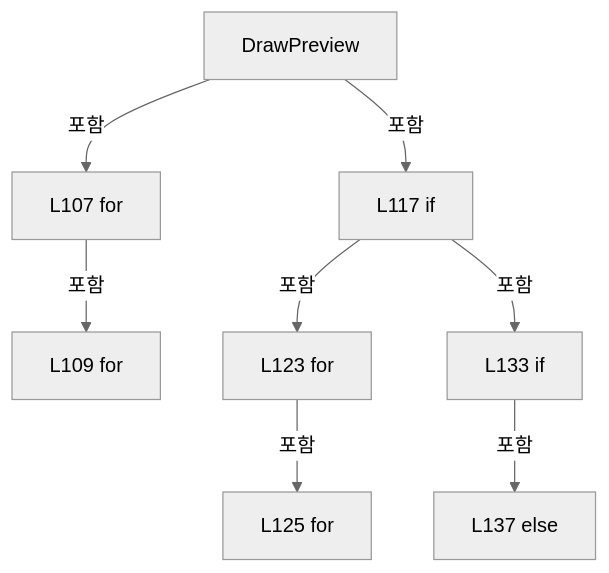
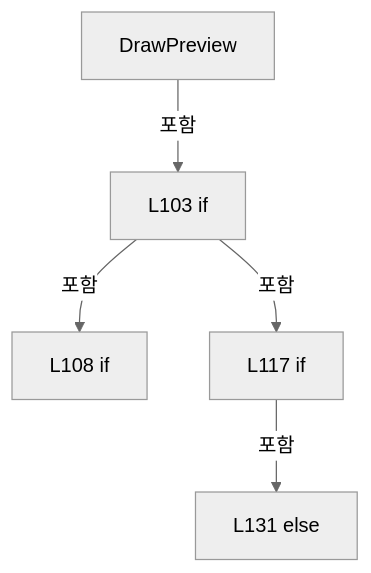
Before and after one commit to kjuws10-rgb/Shared: the fourth of 9 diagrams in A3 LD Code Ref/files/Drilling.UI/Popup/CShiftOffsetDialog.xaml.cs.md, drawn with Mermaid (neutral theme). The commit also changed other lines of this file and 1984 other files, not shown here.

Commit message:
docs(a3): update 11.17.0 architecture and complete code reference

````diff
--- a/A3 LD Code Ref/files/Drilling.UI/Popup/CShiftOffsetDialog.xaml.cs.md
+++ b/A3 LD Code Ref/files/Drilling.UI/Popup/CShiftOffsetDialog.xaml.cs.md
@@ -607,18 +616,12 @@
 ```mermaid
 flowchart TD
  M["DrawPreview"]
- N0["L107 for"]
+ N0["L103 if"]
  M -->|포함| N0
- N1["L109 for"]
+ N1["L108 if"]
  N0 -->|포함| N1
  N2["L117 if"]
- M -->|포함| N2
- N3["L123 for"]
+ N0 -->|포함| N2
+ N3["L131 else"]
  N2 -->|포함| N3
- N4["L125 for"]
- N3 -->|포함| N4
- N5["L133 if"]
- N2 -->|포함| N5
- N6["L137 else"]
- N5 -->|포함| N6
 ```
````
